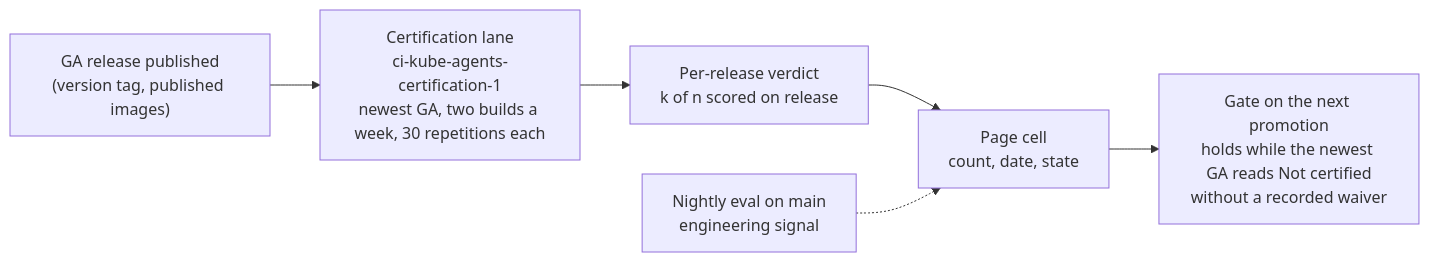
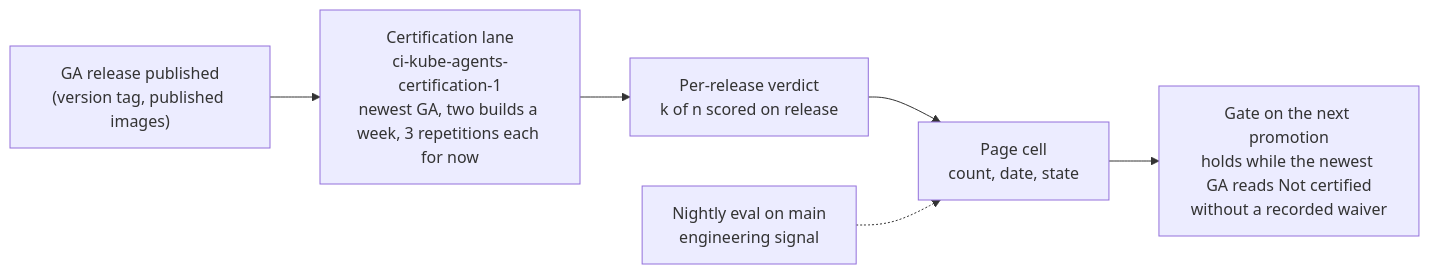
Before and after one commit to gke-labs/kube-agents: the diagram in docs/designs/certified-capabilities.md, drawn with Mermaid. The commit also changed other lines of this file, not shown here.

First line of the commit message:
docs(designs): the certification lane runs 3 repetitions a build while the suite is built out

````diff
--- a/docs/designs/certified-capabilities.md
+++ b/docs/designs/certified-capabilities.md
@@ -101,8 +101,8 @@
 ```mermaid
 flowchart LR
-    GA["GA release published<br/>(version tag, published images)"] --> L["Certification lane<br/>ci-kube-agents-certification-1<br/>newest GA, two builds a week, 30 repetitions each"]
+    GA["GA release published<br/>(version tag, published images)"] --> L["Certification lane<br/>ci-kube-agents-certification-1<br/>newest GA, two builds a week, 3 repetitions each for now"]
     L --> V["Per-release verdict<br/>k of n scored on release"]
     V --> C["Page cell<br/>count, date, state"]
     C --> G["Gate on the next promotion<br/>holds while the newest GA reads Not certified<br/>without a recorded waiver"]
     N["Nightly eval on main<br/>engineering signal"] -.-> C
 ```
````
